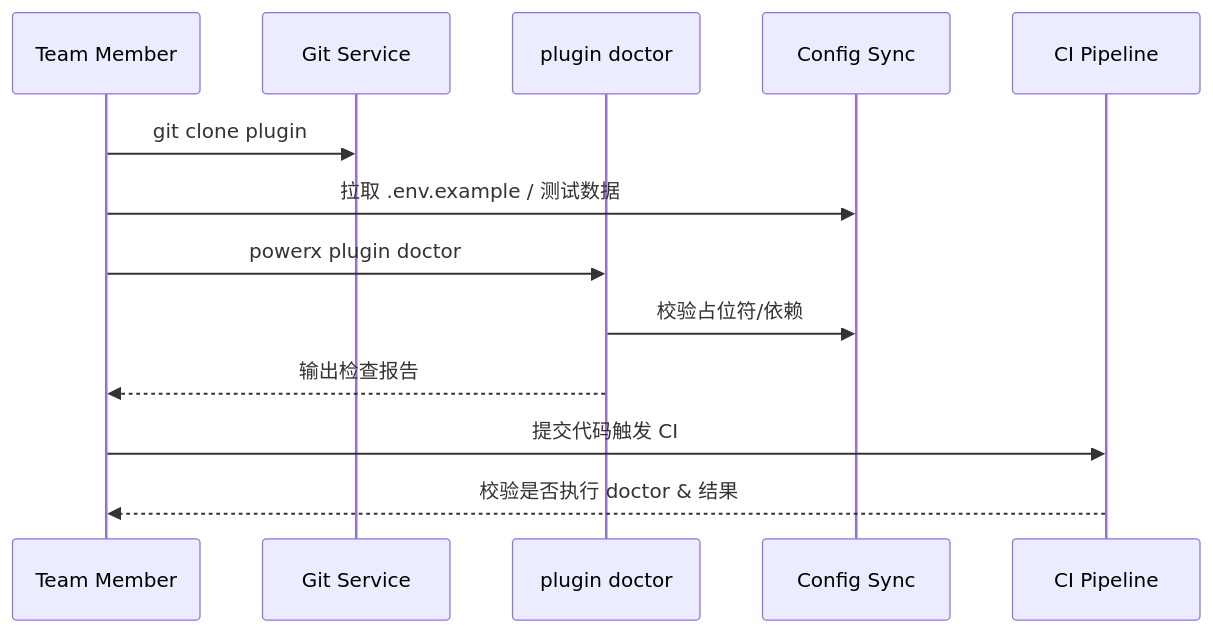
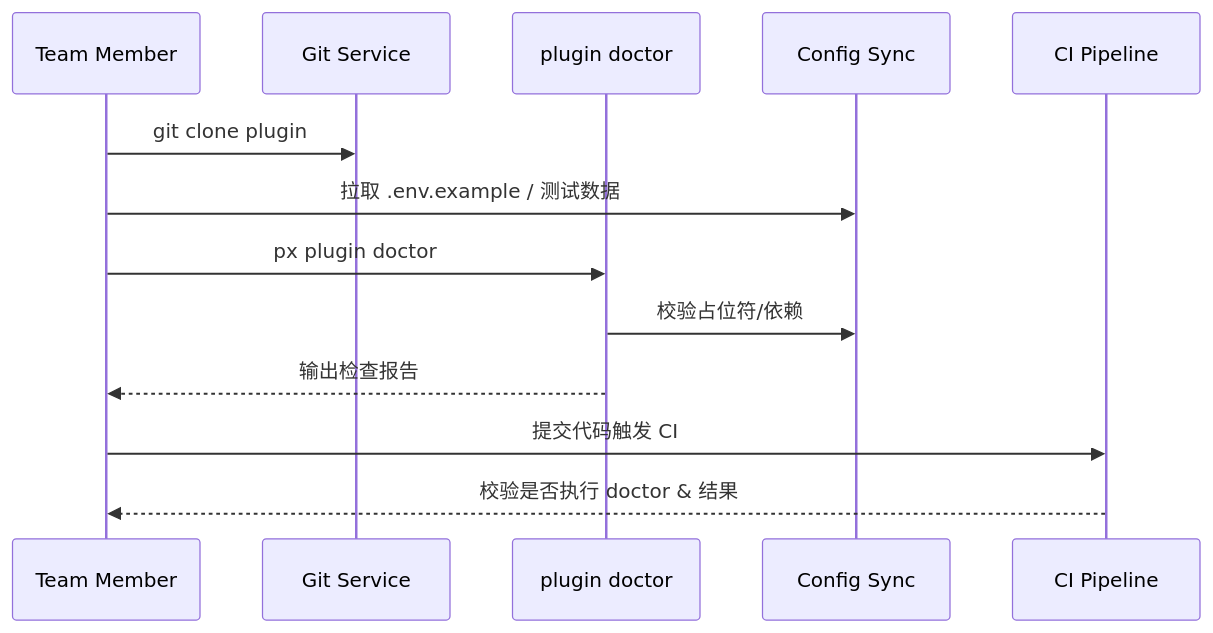
Before and after one commit to ArtisanCloud/PowerX: the diagram in docs/use_cases/_from_hub/SCN-DEV-PLUGIN-INIT-001/UC-DEV-PLUGIN-TEAM-CLONE-001.md, drawn with Mermaid. The commit also changed other lines of this file and 64 other files, not shown here.

````diff
--- a/docs/use_cases/_from_hub/SCN-DEV-PLUGIN-INIT-001/UC-DEV-PLUGIN-TEAM-CLONE-001.md
+++ b/docs/use_cases/_from_hub/SCN-DEV-PLUGIN-INIT-001/UC-DEV-PLUGIN-TEAM-CLONE-001.md
@@ -86,16 +86,16 @@
 ```mermaid
 sequenceDiagram
   participant Member as Team Member
   participant Git as Git Service
   participant Doctor as plugin doctor
   participant Config as Config Sync
   participant CI as CI Pipeline
 
   Member->>Git: git clone plugin
   Member->>Config: 拉取 .env.example / 测试数据
-  Member->>Doctor: powerx plugin doctor
+  Member->>Doctor: px plugin doctor
   Doctor->>Config: 校验占位符/依赖
   Doctor-->>Member: 输出检查报告
   Member->>CI: 提交代码触发 CI
   CI-->>Member: 校验是否执行 doctor & 结果
 ```
````
